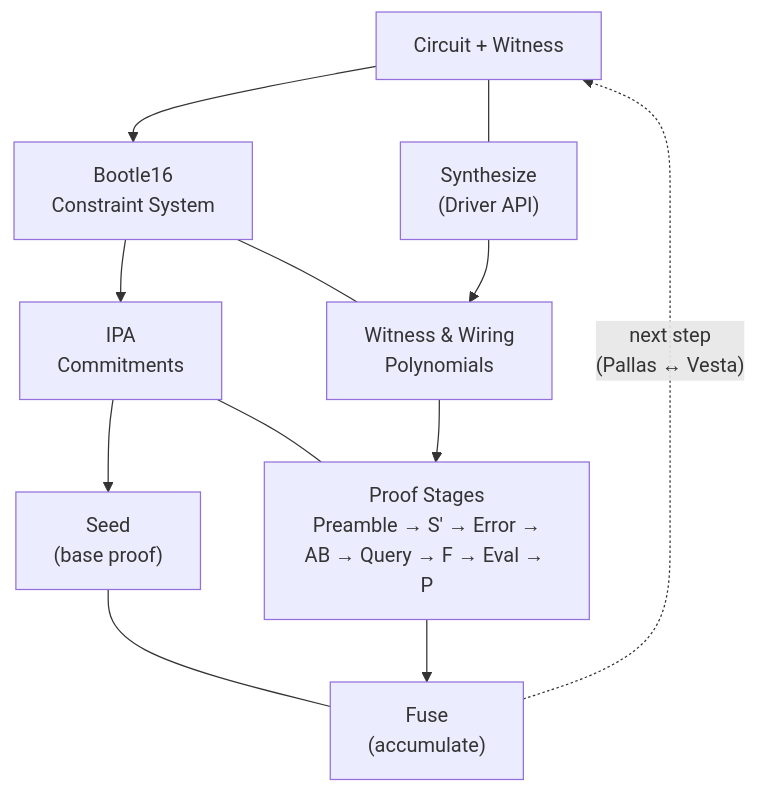
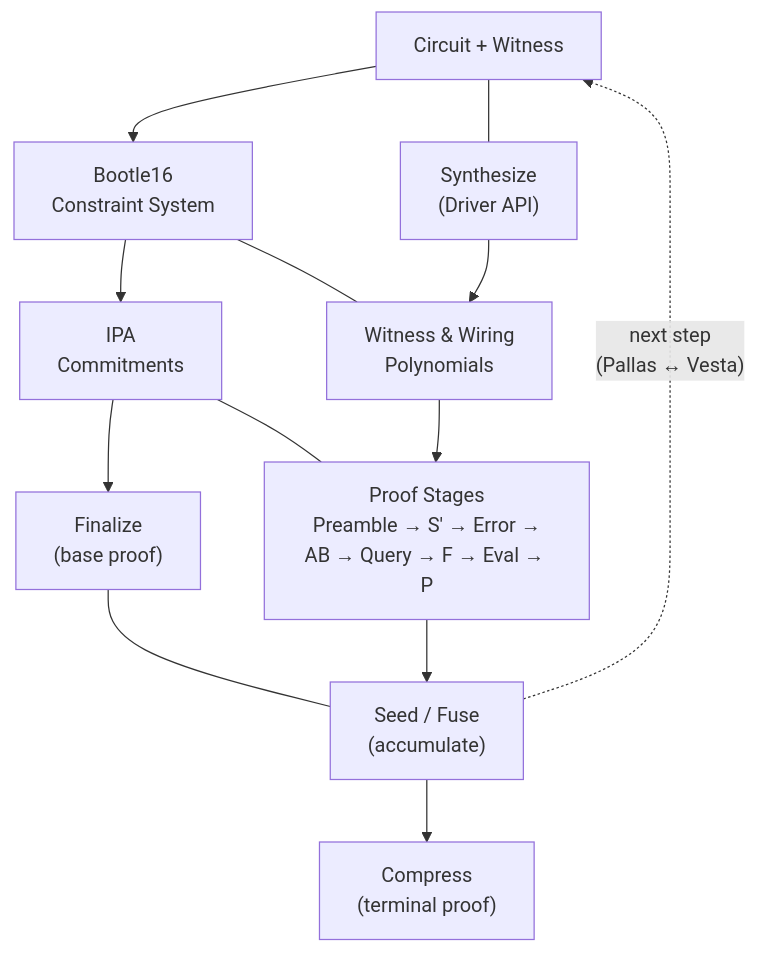
The first of 2 diagrams in book/src/implementation/arch.md (LucidSamuel/ragu), drawn with Mermaid before and after one commit. The commit also changed other lines of this file and 5 other files, not shown here.

````diff
--- a/book/src/implementation/arch.md
+++ b/book/src/implementation/arch.md
@@ -14,15 +16,17 @@
 ```mermaid
 flowchart TB
     C["Circuit + Witness"] --- Synth["Synthesize\n(Driver API)"]
     CS["Bootle16\nConstraint System"] --- Poly["Witness & Wiring\nPolynomials"]
     Commit["IPA\nCommitments"] --- Stages["Proof Stages\nPreamble → S' → Error →\nAB → Query → F → Eval → P"]
-    Seed["Seed\n(base proof)"] --- Fuse["Fuse\n(accumulate)"]
+    Base["Finalize\n(base proof)"] --- Fuse["Seed / Fuse\n(accumulate)"]
+    Compress["Compress\n(terminal proof)"]
 
     C --> CS
     Synth --> Poly
     CS --> Commit
     Poly --> Stages
-    Commit --> Seed
+    Commit --> Base
     Stages --> Fuse
     Fuse -.->|"next step\n(Pallas ↔ Vesta)"| C
+    Fuse --> Compress
 ```
````
